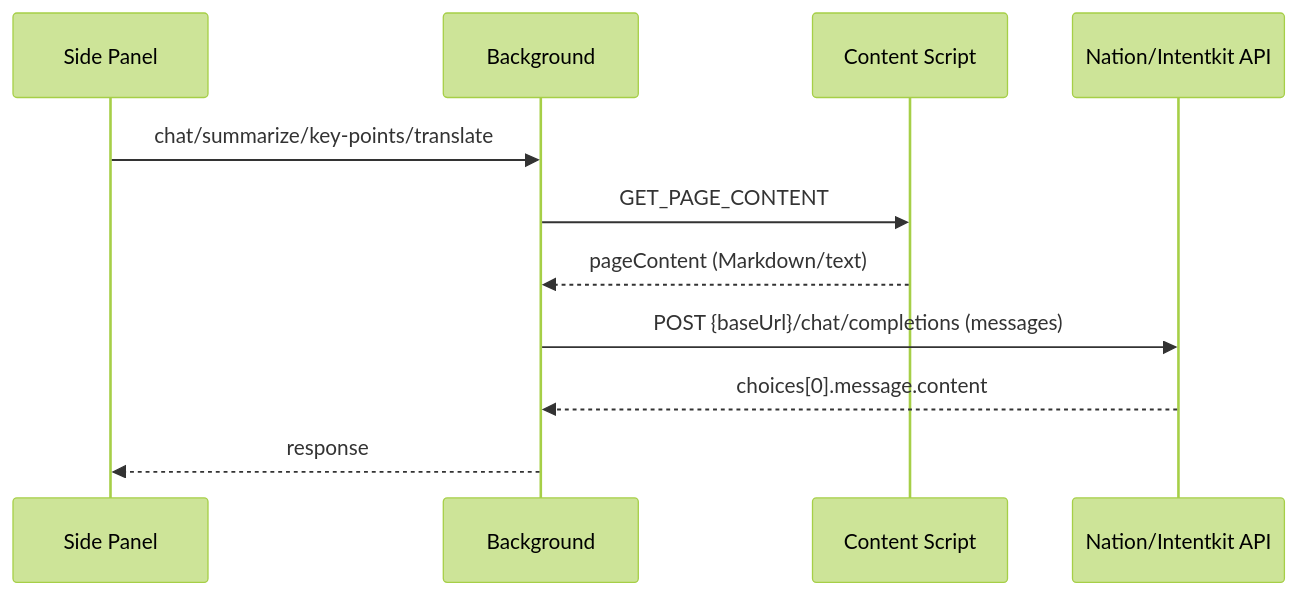
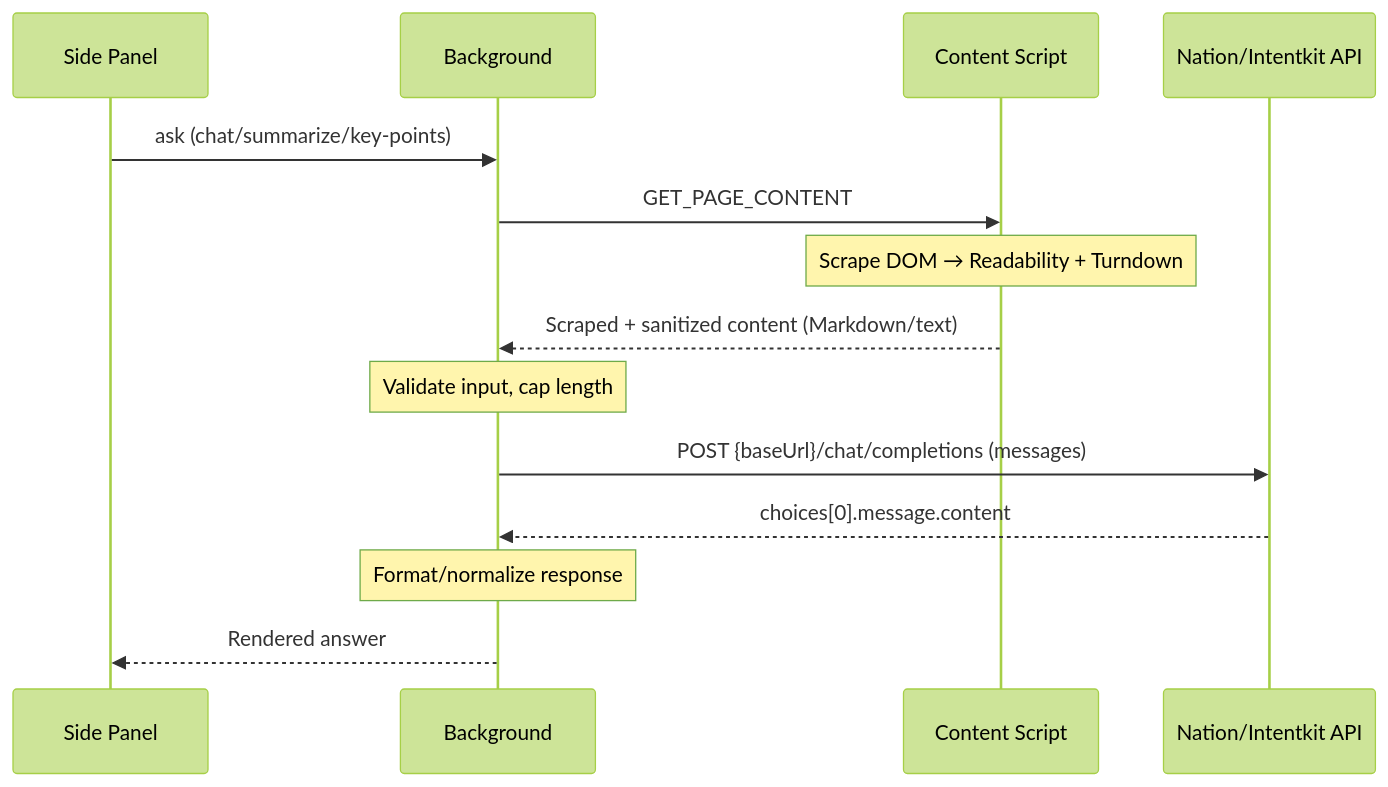
One commit to v1ktorrr0x/nation-assistant changed the diagram in API_DEMO.md. Above: the diagram before and after it, drawn with Mermaid (forest theme). The commit also changed other lines of this file, not shown here.

Commit message:
docs: refine API demo with minimal visual flow (scrape -> sanitize -> send -> format)

````diff
--- a/API_DEMO.md
+++ b/API_DEMO.md
@@ -3,14 +3,17 @@
 ```mermaid
 sequenceDiagram
   participant UI as Side Panel
   participant BG as Background
   participant CS as Content Script
   participant LLM as Nation/Intentkit API
 
-  UI->>BG: chat/summarize/key-points/translate
+  UI->>BG: ask (chat/summarize/key-points)
   BG->>CS: GET_PAGE_CONTENT
-  CS-->>BG: pageContent (Markdown/text)
+  Note over CS: Scrape DOM → Readability + Turndown
+  CS-->>BG: Scraped + sanitized content (Markdown/text)
+  Note over BG: Validate input, cap length
   BG->>LLM: POST {baseUrl}/chat/completions (messages)
   LLM-->>BG: choices[0].message.content
-  BG-->>UI: response
+  Note over BG: Format/normalize response
+  BG-->>UI: Rendered answer
 ```
````
